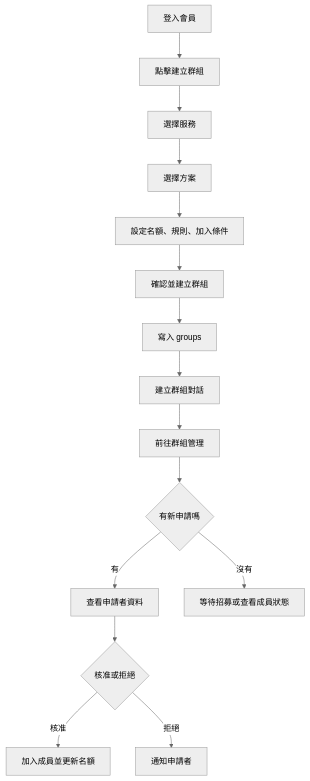
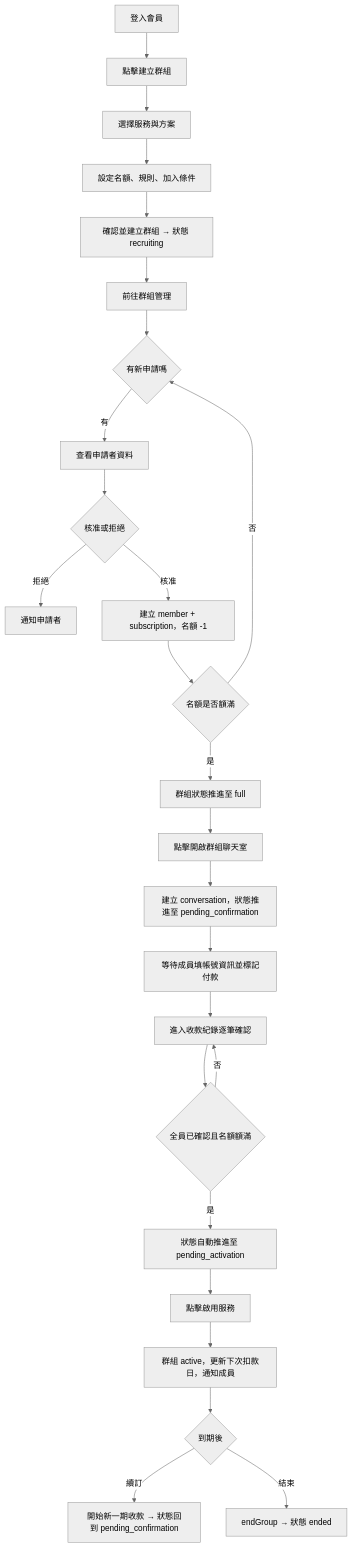
One commit to s1092055/PartyMatch changed the fourth of 6 diagrams in README.md. Above: the diagram before and after it, drawn with Mermaid (neutral theme). The commit also changed other lines of this file and 11 other files, not shown here.

````diff
--- a/README.md
+++ b/README.md
@@ -193,17 +217,28 @@
 ```mermaid
 flowchart TD
   A[登入會員] --> B[點擊建立群組]
-  B --> C[選擇服務]
-  C --> D[選擇方案]
-  D --> E[設定名額、規則、加入條件]
-  E --> F[確認並建立群組]
-  F --> G[寫入 groups]
-  G --> H[建立群組對話]
-  H --> I[前往群組管理]
-  I --> J{有新申請嗎}
-  J -->|有| K[查看申請者資料]
-  K --> L{核准或拒絕}
-  L -->|核准| M[加入成員並更新名額]
-  L -->|拒絕| N[通知申請者]
-  J -->|沒有| O[等待招募或查看成員狀態]
+  B --> C[選擇服務與方案]
+  C --> D[設定名額、規則、加入條件]
+  D --> E[確認並建立群組 → 狀態 recruiting]
+  E --> F[前往群組管理]
+  F --> G{有新申請嗎}
+  G -->|有| H[查看申請者資料]
+  H --> I{核准或拒絕}
+  I -->|拒絕| J[通知申請者]
+  I -->|核准| K[建立 member + subscription，名額 -1]
+  K --> L{名額是否額滿}
+  L -->|否| G
+  L -->|是| M[群組狀態推進至 full]
+  M --> N[點擊開啟群組聊天室]
+  N --> O[建立 conversation，狀態推進至 pending_confirmation]
+  O --> P[等待成員填帳號資訊並標記付款]
+  P --> Q[進入收款紀錄逐筆確認]
+  Q --> R{全員已確認且名額額滿}
+  R -->|否| Q
+  R -->|是| S[狀態自動推進至 pending_activation]
+  S --> T[點擊啟用服務]
+  T --> U[群組 active，更新下次扣款日，通知成員]
+  U --> V{到期後}
+  V -->|續訂| W[開始新一期收款 → 狀態回到 pending_confirmation]
+  V -->|結束| X[endGroup → 狀態 ended]
 ```
````
